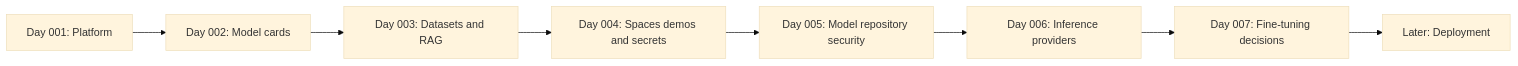
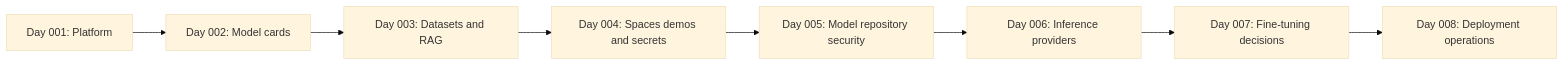
Before and after one commit to codetherapistpita-oss/codetherapistpita-oss: the diagram in knowledge-hub/05-AI-AND-LLMS/AI-ACADEMY/PLATFORMS/HUGGING-FACE/SEASON-01/README.md, drawn with Mermaid (base theme). The commit also changed other lines of this file, not shown here.

Commit message:
academy: link Day 008 in season index

````diff
--- a/knowledge-hub/05-AI-AND-LLMS/AI-ACADEMY/PLATFORMS/HUGGING-FACE/SEASON-01/README.md
+++ b/knowledge-hub/05-AI-AND-LLMS/AI-ACADEMY/PLATFORMS/HUGGING-FACE/SEASON-01/README.md
@@ -23,10 +24,10 @@
 ```mermaid
 flowchart LR
  A[Day 001: Platform] --> B[Day 002: Model cards]
  B --> C[Day 003: Datasets and RAG]
  C --> D[Day 004: Spaces demos and secrets]
  D --> E[Day 005: Model repository security]
  E --> F[Day 006: Inference providers]
  F --> G[Day 007: Fine-tuning decisions]
- G --> H[Later: Deployment]
+ G --> H[Day 008: Deployment operations]
 ```
````
